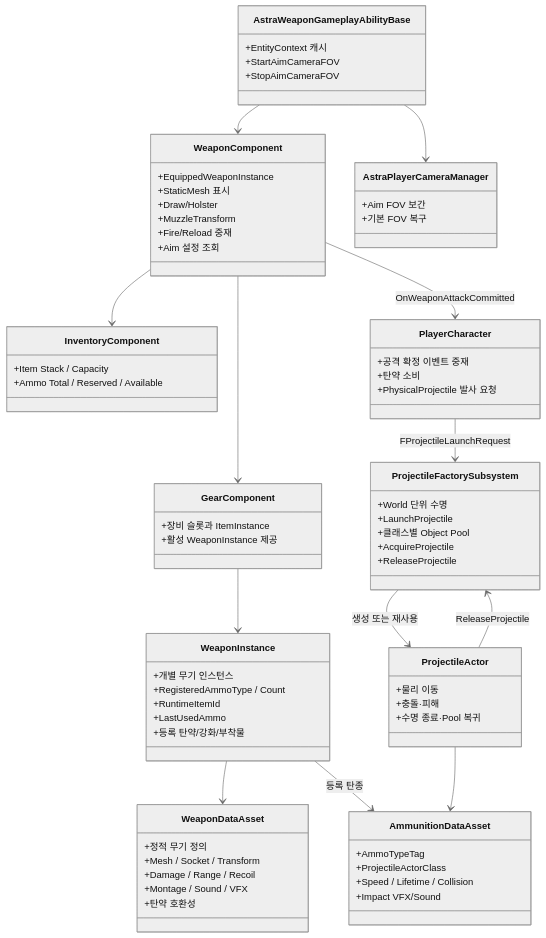
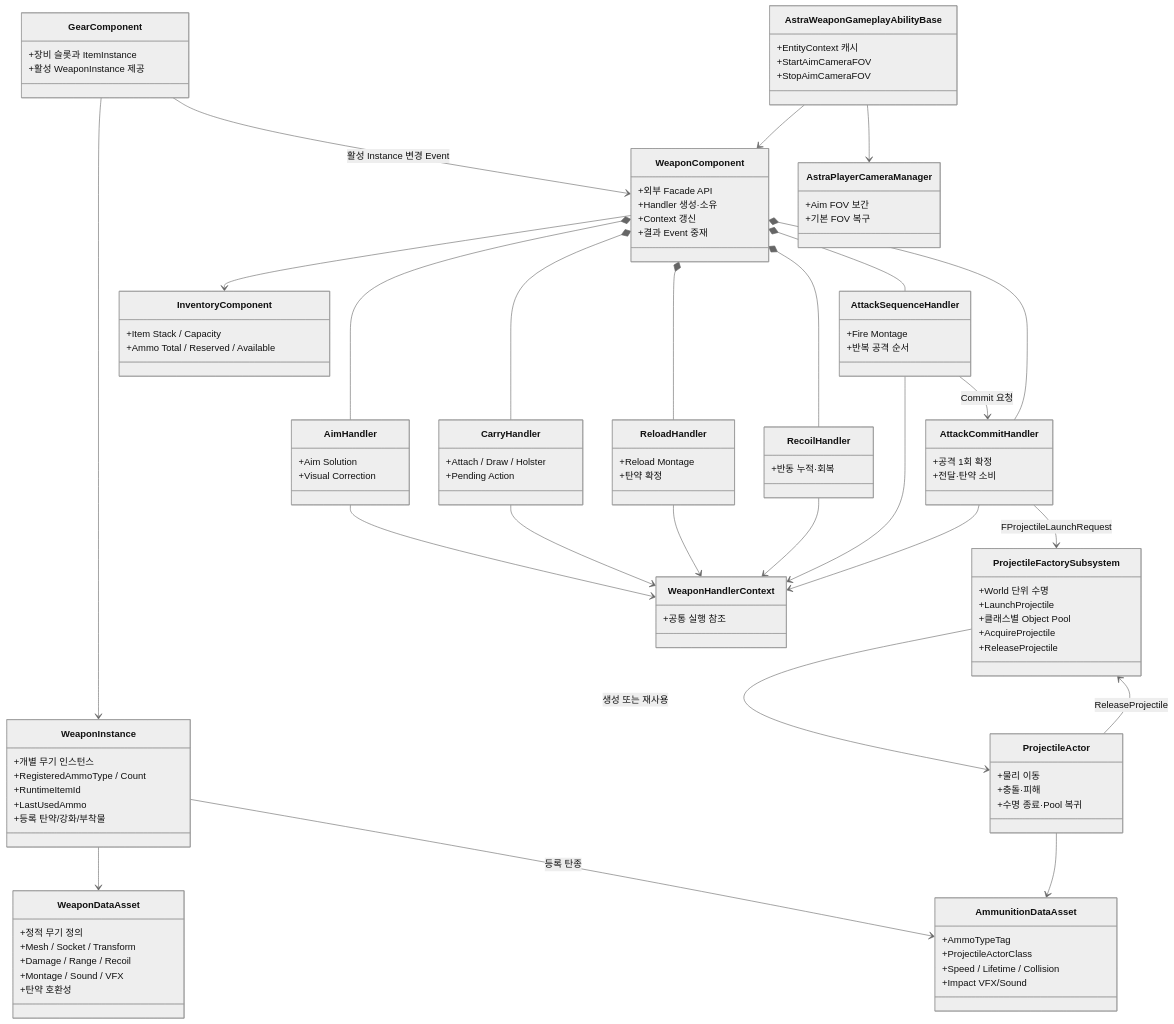
The second of 4 diagrams in Wiki/03_시스템 설계/무기.md (liang2papa/Astra_Docs), drawn with Mermaid (neutral theme) before and after one commit. The commit also changed other lines of this file and 16 other files, not shown here.

```diff
--- a/Wiki/03_시스템 설계/무기.md
+++ b/Wiki/03_시스템 설계/무기.md
@@ -107,12 +109,36 @@
         +Ammo Total / Reserved / Available
     }
     class WeaponComponent {
-        +EquippedWeaponInstance
-        +StaticMesh 표시
-        +Draw/Holster
-        +MuzzleTransform
-        +Fire/Reload 중재
-        +Aim 설정 조회
+        +외부 Facade API
+        +Handler 생성·소유
+        +Context 갱신
+        +결과 Event 중재
+    }
+    class WeaponHandlerContext {
+        +공통 실행 참조
+    }
+    class AimHandler {
+        +Aim Solution
+        +Visual Correction
+    }
+    class CarryHandler {
+        +Attach / Draw / Holster
+        +Pending Action
+    }
+    class ReloadHandler {
+        +Reload Montage
+        +탄약 확정
+    }
+    class RecoilHandler {
+        +반동 누적·회복
+    }
+    class AttackSequenceHandler {
+        +Fire Montage
+        +반복 공격 순서
+    }
+    class AttackCommitHandler {
+        +공격 1회 확정
+        +전달·탄약 소비
     }
     class AstraWeaponGameplayAbilityBase {
         +EntityContext 캐시
@@ -141,19 +167,25 @@
         +AcquireProjectile
         +ReleaseProjectile
     }
-    class PlayerCharacter {
-        +공격 확정 이벤트 중재
-        +탄약 소비
-        +PhysicalProjectile 발사 요청
-    }
-
     WeaponInstance --> WeaponDataAsset
     GearComponent --> WeaponInstance
-    WeaponComponent --> GearComponent
+    GearComponent --> WeaponComponent : 활성 Instance 변경 Event
     WeaponComponent --> InventoryComponent
+    WeaponComponent *-- AimHandler
+    WeaponComponent *-- CarryHandler
+    WeaponComponent *-- ReloadHandler
+    WeaponComponent *-- RecoilHandler
+    WeaponComponent *-- AttackSequenceHandler
+    WeaponComponent *-- AttackCommitHandler
+    AimHandler --> WeaponHandlerContext
+    CarryHandler --> WeaponHandlerContext
+    ReloadHandler --> WeaponHandlerContext
+    RecoilHandler --> WeaponHandlerContext
+    AttackSequenceHandler --> WeaponHandlerContext
+    AttackCommitHandler --> WeaponHandlerContext
     WeaponInstance --> AmmunitionDataAsset : 등록 탄종
-    WeaponComponent --> PlayerCharacter : OnWeaponAttackCommitted
-    PlayerCharacter --> ProjectileFactorySubsystem : FProjectileLaunchRequest
+    AttackSequenceHandler --> AttackCommitHandler : Commit 요청
+    AttackCommitHandler --> ProjectileFactorySubsystem : FProjectileLaunchRequest
     ProjectileFactorySubsystem --> ProjectileActor : 생성 또는 재사용
     AstraWeaponGameplayAbilityBase --> WeaponComponent
     AstraWeaponGameplayAbilityBase --> AstraPlayerCameraManager
```
